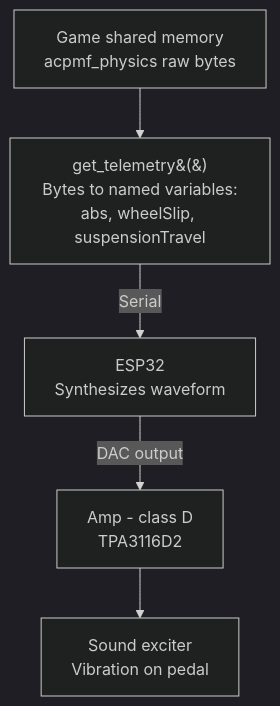
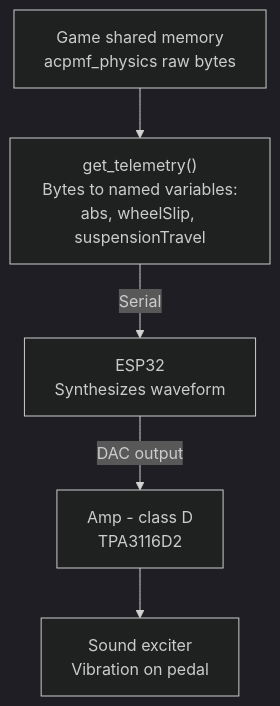
Before and after one commit to tminh-U/DIY-Haptic-Motor-for-Pedals: the second of 2 diagrams in README.md, drawn with Mermaid (dark theme). The commit also changed other lines of this file, not shown here.

Commit message:
Update README.md mermaid render problem

````diff
--- a/README.md
+++ b/README.md
@@ -46,7 +40,7 @@
 ```mermaid
 flowchart TD
-    A[Game shared memory<br/>acpmf_physics raw bytes] --> B[get_telemetry&#40;&#41;<br/>Bytes to named variables:<br/>abs, wheelSlip, suspensionTravel]
-    B -->|Serial| C[ESP32<br/>Synthesizes waveform]
-    C -->|DAC output| D[Amp - class D<br/>TPA3116D2]
-    D --> E[Sound exciter<br/>Vibration on pedal]
+    A["Game shared memory<br/>acpmf_physics raw bytes"] --> B["get_telemetry()<br/>Bytes to named variables:<br/>abs, wheelSlip, suspensionTravel"]
+    B -->|Serial| C["ESP32<br/>Synthesizes waveform"]
+    C -->|DAC output| D["Amp - class D<br/>TPA3116D2"]
+    D --> E["Sound exciter<br/>Vibration on pedal"]
 ```
````
